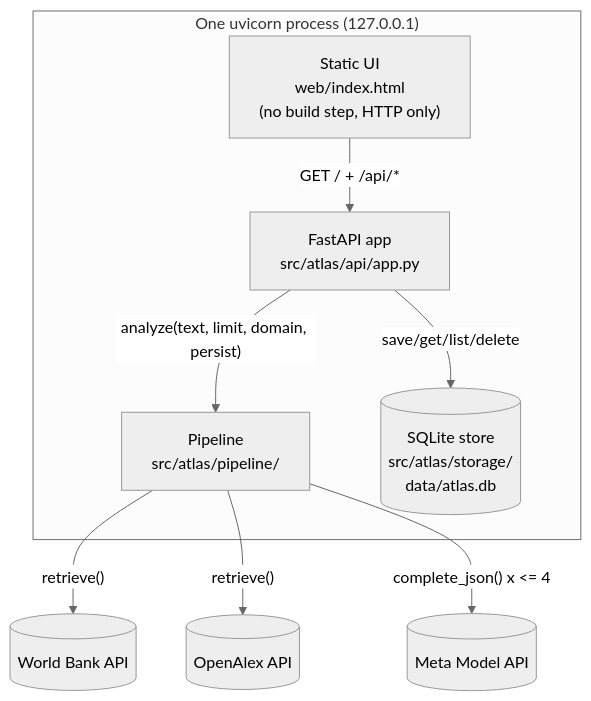
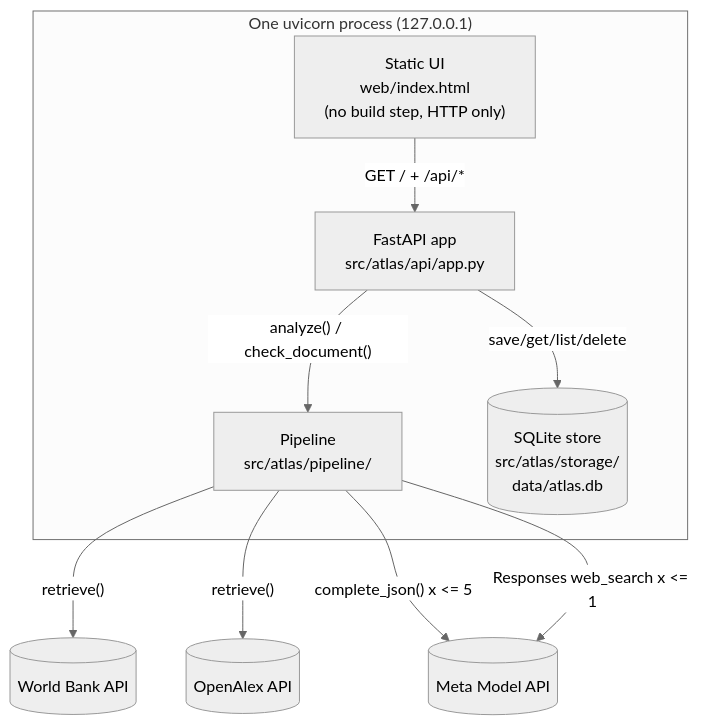
Before and after one commit to kiltro-dev/evidence-platform: the second of 7 diagrams in docs/ARCHITECTURE.md, drawn with Mermaid (neutral theme). The commit also changed other lines of this file and 45 other files, not shown here.

````diff
--- a/docs/ARCHITECTURE.md
+++ b/docs/ARCHITECTURE.md
@@ -33,19 +37,20 @@
 ```mermaid
 flowchart TB
     subgraph proc["One uvicorn process (127.0.0.1)"]
         ui["Static UI<br/>web/index.html<br/>(no build step, HTTP only)"]
         api["FastAPI app<br/>src/atlas/api/app.py"]
         pipe["Pipeline<br/>src/atlas/pipeline/"]
         store[("SQLite store<br/>src/atlas/storage/<br/>data/atlas.db")]
     end
     wb[("World Bank API")]
     oa[("OpenAlex API")]
     meta[("Meta Model API")]
 
     ui -- "GET / + /api/*" --> api
-    api -- "analyze(text, limit, domain, persist)" --> pipe
+    api -- "analyze() / check_document()" --> pipe
     api -- "save/get/list/delete" --> store
     pipe -- "retrieve()" --> wb
     pipe -- "retrieve()" --> oa
-    pipe -- "complete_json() x <= 4" --> meta
+    pipe -- "complete_json() x <= 5" --> meta
+    pipe -- "Responses web_search x <= 1" --> meta
 ```
````
